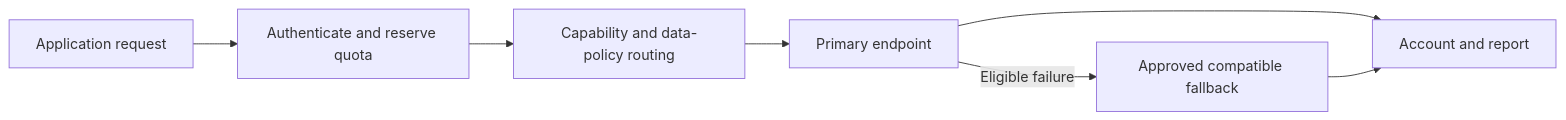
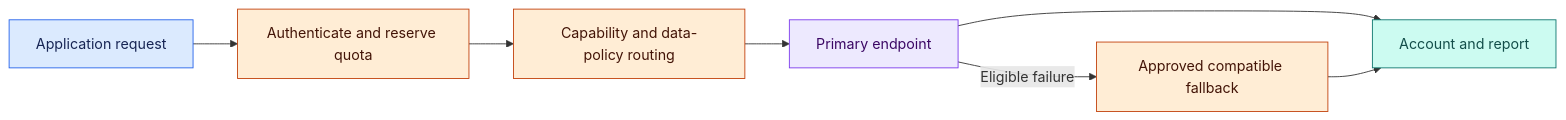
One commit to Shaktiprasadram22/system-design-26-week-roadmap changed the fourth of 6 diagrams in chapters/06-agents-and-ai-production.md. Above: the diagram before and after it, drawn with Mermaid. The commit also changed other lines of this file and 21 other files, not shown here.

````diff
--- a/chapters/06-agents-and-ai-production.md
+++ b/chapters/06-agents-and-ai-production.md
@@ -224,9 +270,18 @@
 ```mermaid
 flowchart LR
     A[Application request] --> B[Authenticate and reserve quota]
     B --> C[Capability and data-policy routing]
     C --> D[Primary endpoint]
     D -->|Eligible failure| E[Approved compatible fallback]
     D --> F[Account and report]
     E --> F
+
+    classDef input fill:#dbeafe,stroke:#2563eb,color:#172554;
+    classDef service fill:#ede9fe,stroke:#7c3aed,color:#3b0764;
+    classDef data fill:#ccfbf1,stroke:#0f766e,color:#134e4a;
+    classDef edge fill:#ffedd5,stroke:#c2410c,color:#431407;
+    class A input;
+    class B,C,E edge;
+    class D service;
+    class F data;
 ```
````
